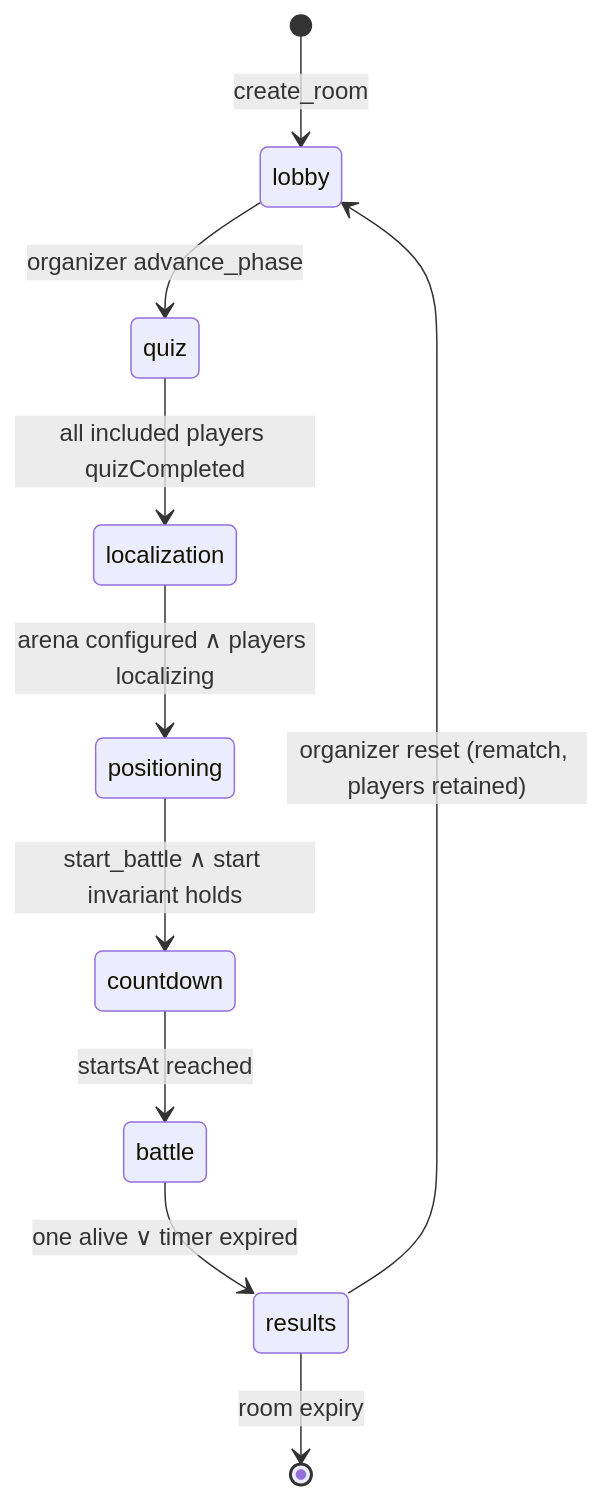
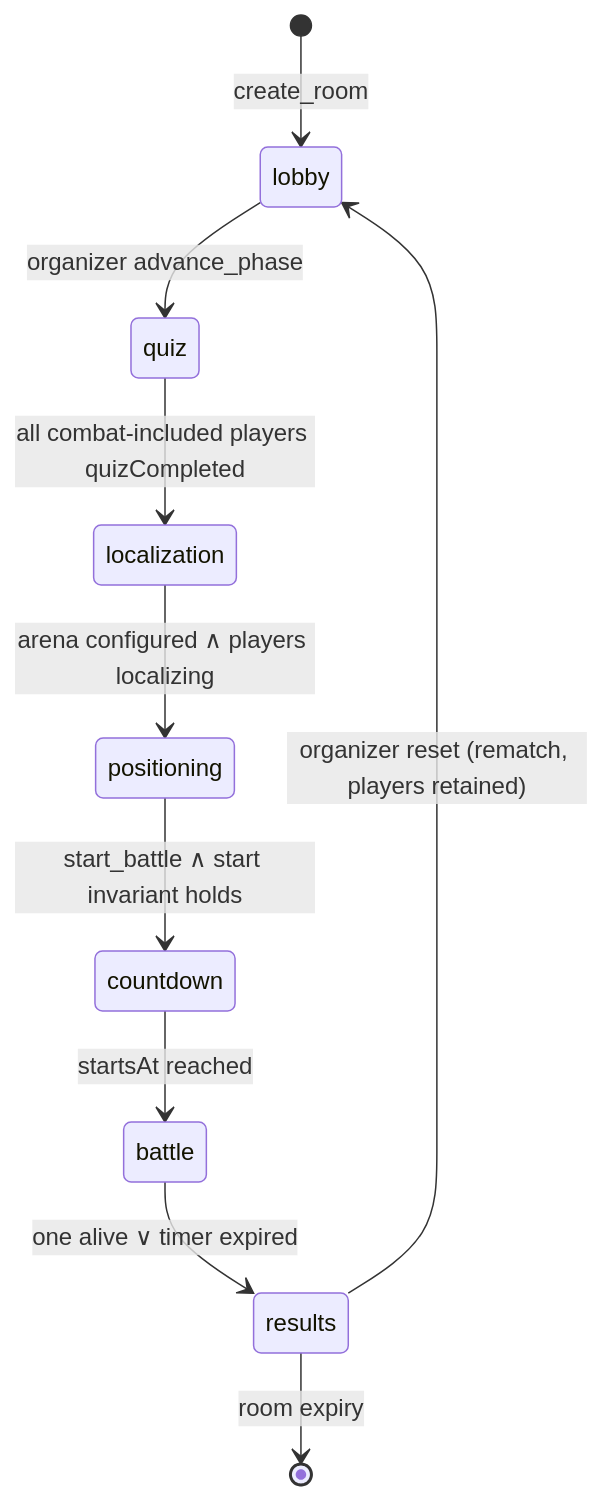
One commit to Vaibtan/CodexWars changed the seventh of 8 diagrams in ARCHITECTURE.md. Above: the diagram before and after it, drawn with Mermaid. The commit also changed other lines of this file and 7 other files, not shown here.

````diff
--- a/ARCHITECTURE.md
+++ b/ARCHITECTURE.md
@@ -212,12 +212,12 @@
 ```mermaid
 stateDiagram-v2
     [*] --> lobby: create_room
     lobby --> quiz: organizer advance_phase
-    quiz --> localization: all included players quizCompleted
+    quiz --> localization: all combat-included players quizCompleted
     localization --> positioning: arena configured ∧ players localizing
     positioning --> countdown: start_battle ∧ start invariant holds
     countdown --> battle: startsAt reached
     battle --> results: one alive ∨ timer expired
     results --> lobby: organizer reset (rematch, players retained)
     results --> [*]: room expiry
 ```
````
